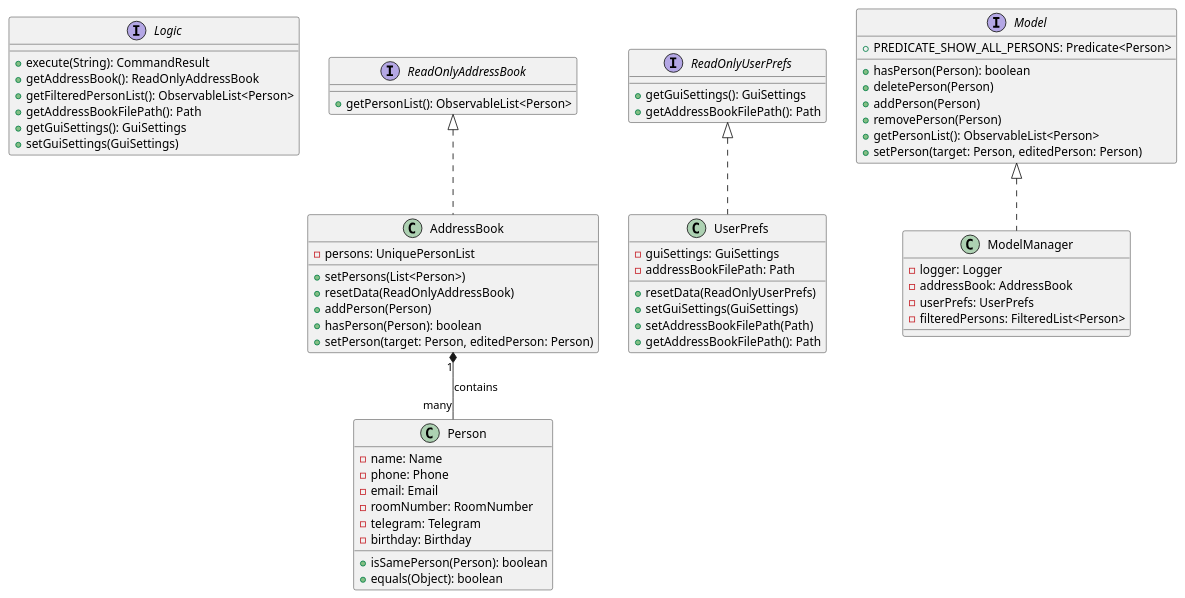
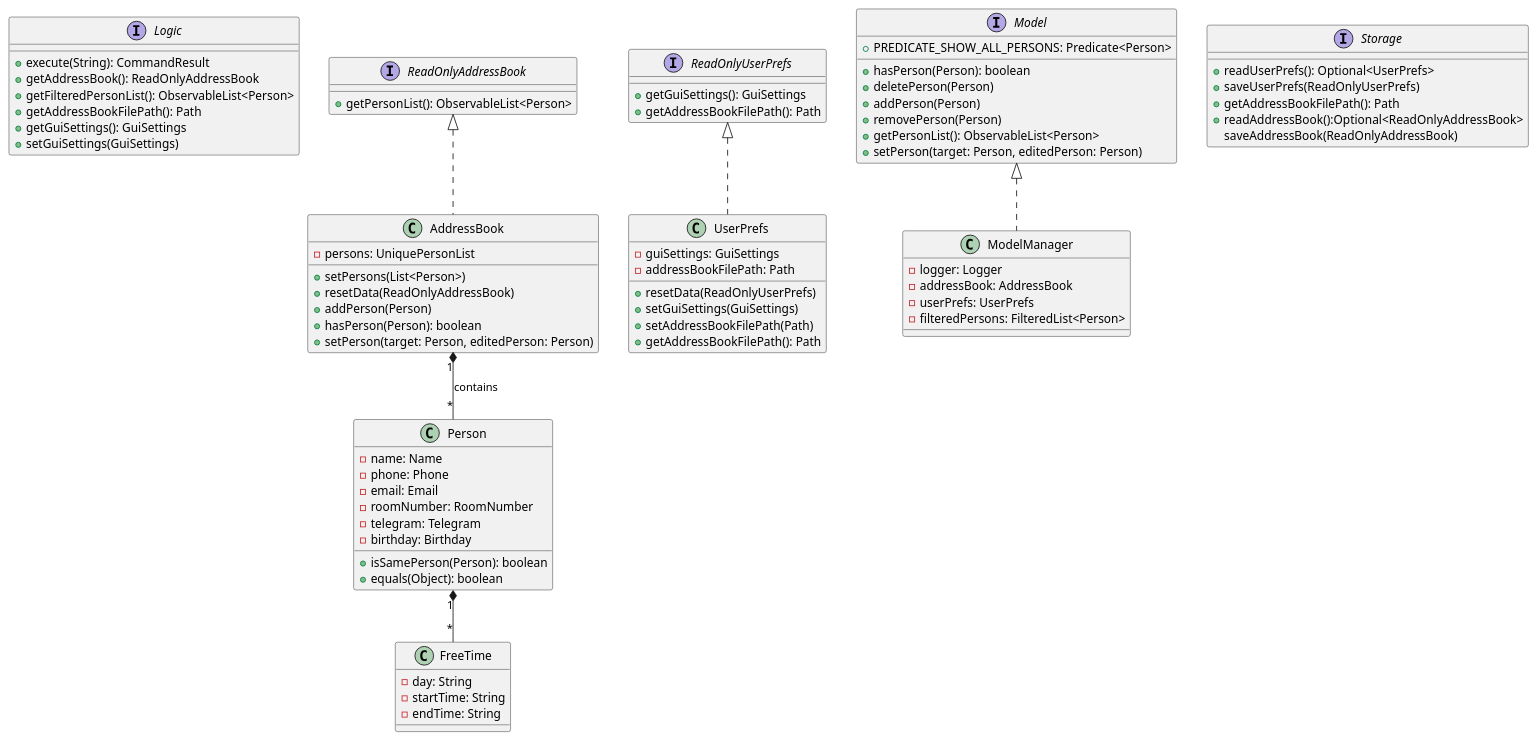
One commit to donwong2308/tp changed the diagram in diagrams/Dormie.puml. Above: the diagram before and after it, drawn with PlantUML. The commit also changed 28 other files, not shown here.

```diff
--- a/diagrams/Dormie.puml
+++ b/diagrams/Dormie.puml
@@ -1,80 +1,95 @@
 @startuml
 'https://plantuml.com/class-diagram
 
 interface Logic {
 +execute(String): CommandResult
 +getAddressBook(): ReadOnlyAddressBook
 +getFilteredPersonList(): ObservableList<Person>
 +getAddressBookFilePath(): Path
 +getGuiSettings(): GuiSettings
 +setGuiSettings(GuiSettings)
 }
 
 interface ReadOnlyAddressBook {
 +getPersonList(): ObservableList<Person>
 }
 
 interface ReadOnlyUserPrefs {
 +getGuiSettings(): GuiSettings
 +getAddressBookFilePath(): Path
 }
 
 interface Model {
 +PREDICATE_SHOW_ALL_PERSONS: Predicate<Person>
 
 +hasPerson(Person): boolean
 +deletePerson(Person)
 +addPerson(Person)
 +removePerson(Person)
 +getPersonList(): ObservableList<Person>
 +setPerson(target: Person, editedPerson: Person)
+}
+
+interface Storage  {
++readUserPrefs(): Optional<UserPrefs>
++saveUserPrefs(ReadOnlyUserPrefs)
++getAddressBookFilePath(): Path
++readAddressBook():Optional<ReadOnlyAddressBook>
+saveAddressBook(ReadOnlyAddressBook)
 }
 
 class ModelManager {
 -logger: Logger
 -addressBook: AddressBook
 -userPrefs: UserPrefs
 -filteredPersons: FilteredList<Person>
 }
 
 class UserPrefs {
 -guiSettings: GuiSettings
 -addressBookFilePath: Path
 
 +resetData(ReadOnlyUserPrefs)
 +setGuiSettings(GuiSettings)
 +setAddressBookFilePath(Path)
 +getAddressBookFilePath(): Path
 }
 
 class AddressBook {
 -persons: UniquePersonList
 
 +setPersons(List<Person>)
 +resetData(ReadOnlyAddressBook)
 +addPerson(Person)
 +hasPerson(Person): boolean
 +setPerson(target: Person, editedPerson: Person)
 }
 
 Model <|.. ModelManager
 ReadOnlyUserPrefs <|.. UserPrefs
 ReadOnlyAddressBook <|.. AddressBook
 
 
 class Person {
 -name: Name
 -phone: Phone
 -email: Email
 -roomNumber: RoomNumber
 -telegram: Telegram
 -birthday: Birthday
 
 +isSamePerson(Person): boolean
 +equals(Object): boolean
 }
 
-AddressBook "1" *-- "many" Person : contains
+class FreeTime {
+-day: String
+-startTime: String
+-endTime: String
+}
+
+AddressBook "1" *-- "*" Person : contains
+Person "1" *-- "*" FreeTime
 
 
 @enduml
```
